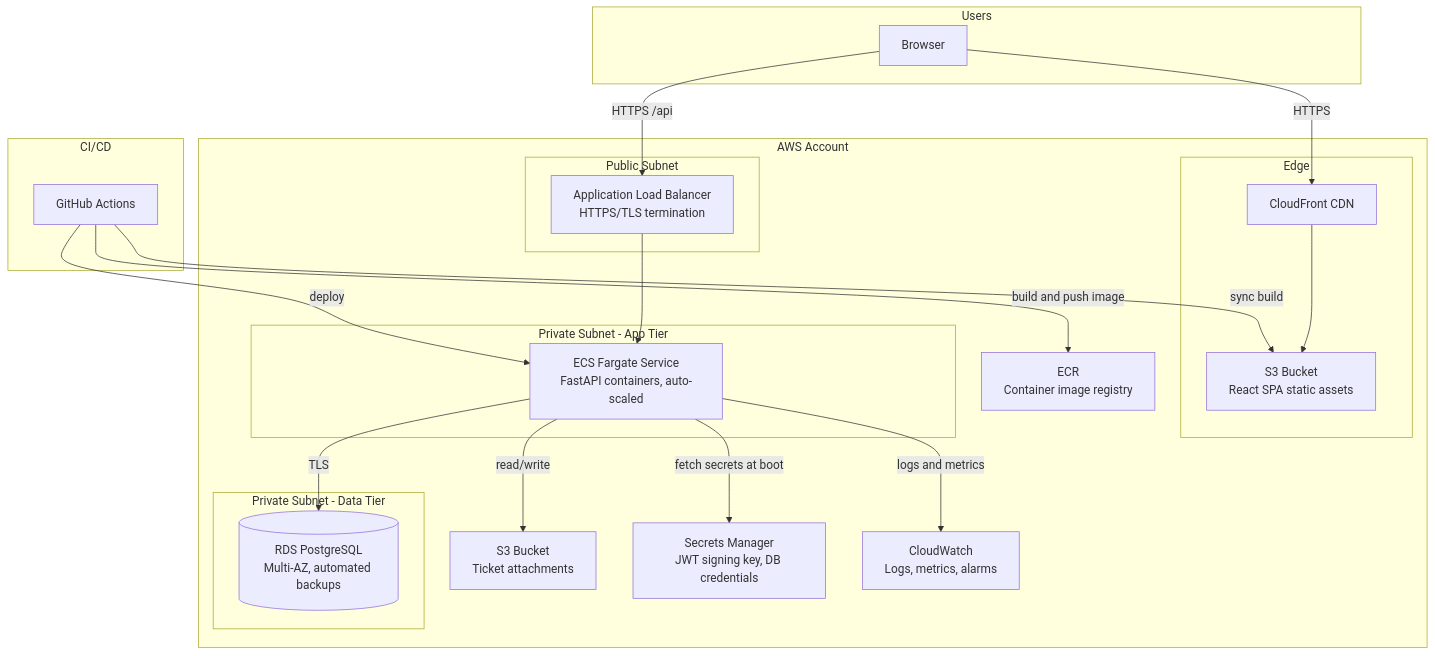
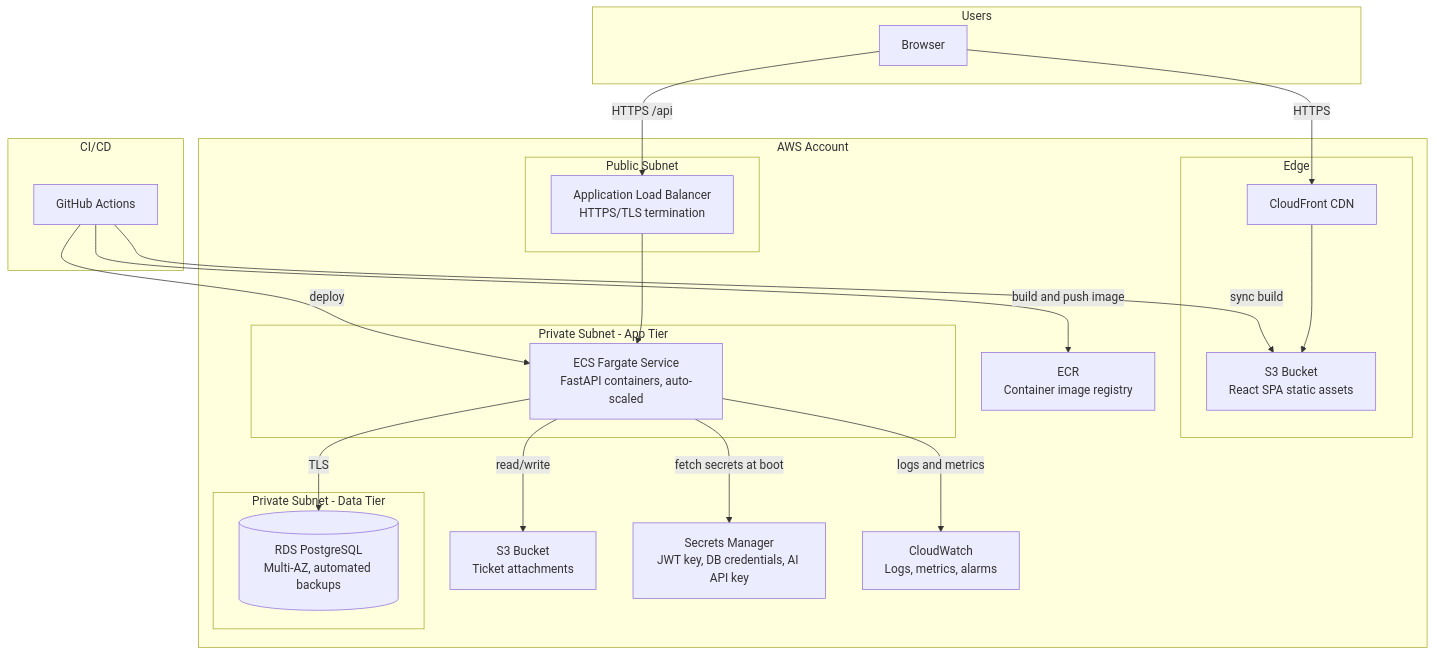
One commit to Shoaib20-1998/GetUp-Solutions---MVP-Developer-Assignment changed the diagram in docs/cloud-architecture.mmd. Above: the diagram before and after it, drawn with Mermaid. The commit also changed 14 other files, not shown here.

```diff
--- a/docs/cloud-architecture.mmd
+++ b/docs/cloud-architecture.mmd
@@ -1,45 +1,45 @@
 graph TB
     subgraph Users
         Browser[Browser]
     end
 
     subgraph "AWS Account"
         subgraph "Edge"
             CF[CloudFront CDN]
             S3Static[S3 Bucket<br/>React SPA static assets]
         end
 
         subgraph "Public Subnet"
             ALB[Application Load Balancer<br/>HTTPS/TLS termination]
         end
 
         subgraph "Private Subnet - App Tier"
             ECS[ECS Fargate Service<br/>FastAPI containers, auto-scaled]
         end
 
         subgraph "Private Subnet - Data Tier"
             RDS[(RDS PostgreSQL<br/>Multi-AZ, automated backups)]
         end
 
         S3Attach[S3 Bucket<br/>Ticket attachments]
-        SM[Secrets Manager<br/>JWT signing key, DB credentials]
+        SM[Secrets Manager<br/>JWT key, DB credentials, AI API key]
         CW[CloudWatch<br/>Logs, metrics, alarms]
         ECR[ECR<br/>Container image registry]
     end
 
     subgraph "CI/CD"
         GH[GitHub Actions]
     end
 
     Browser -->|HTTPS| CF
     CF --> S3Static
     Browser -->|HTTPS /api| ALB
     ALB --> ECS
     ECS -->|TLS| RDS
     ECS -->|read/write| S3Attach
     ECS -->|fetch secrets at boot| SM
     ECS -->|logs and metrics| CW
 
     GH -->|build and push image| ECR
     GH -->|deploy| ECS
     GH -->|sync build| S3Static
```
